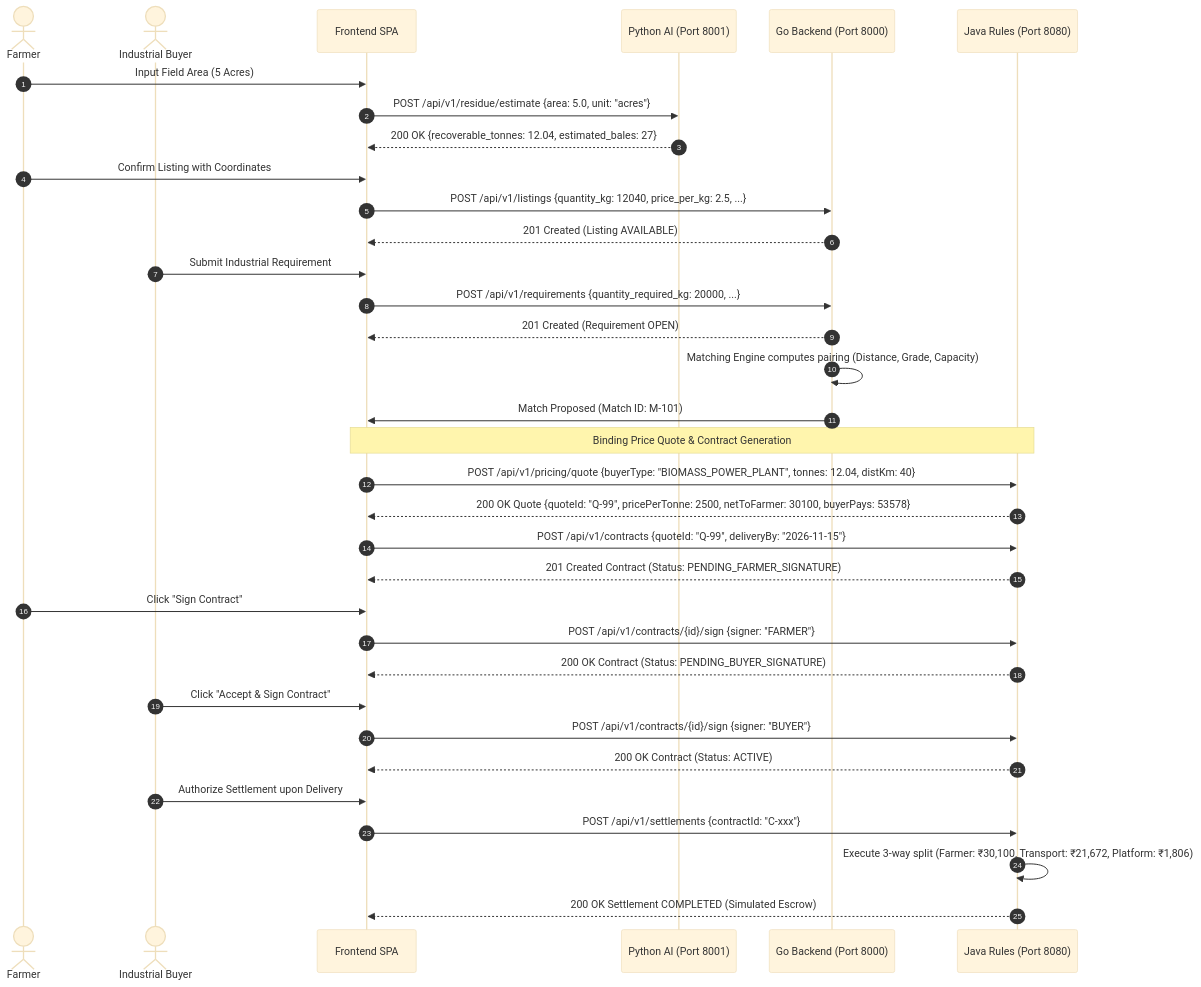
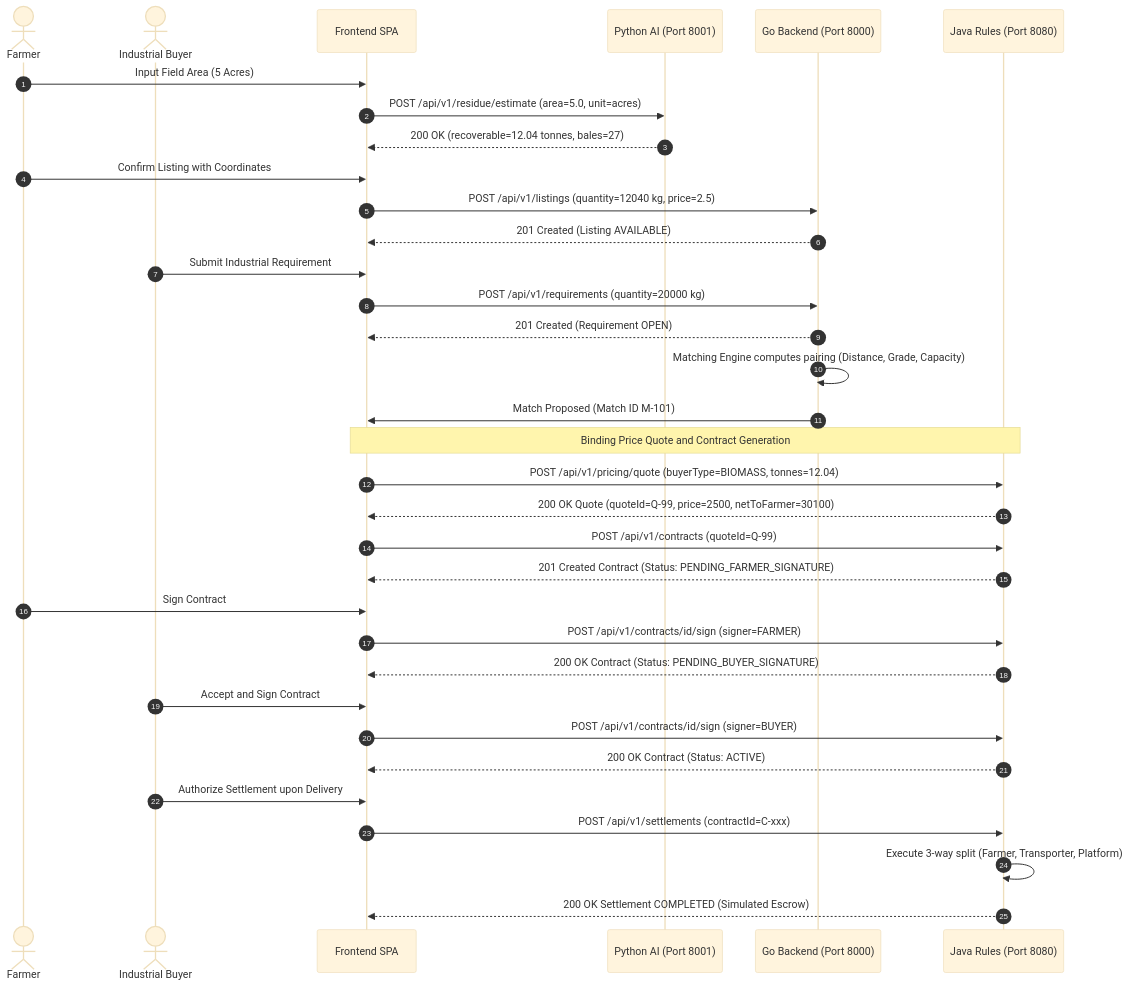
Before and after one commit to DAbharat/Straw2Cash: the fourth of 5 diagrams in README.md, drawn with Mermaid (base theme). The commit also changed other lines of this file, not shown here.

````diff
--- a/README.md
+++ b/README.md
@@ -399,45 +399,45 @@
 ```mermaid
 sequenceDiagram
     autonumber
     actor Farmer as Farmer
     actor Buyer as Industrial Buyer
     participant UI as Frontend SPA
     participant Python as Python AI (Port 8001)
     participant Go as Go Backend (Port 8000)
     participant Java as Java Rules (Port 8080)
 
     Farmer->>UI: Input Field Area (5 Acres)
-    UI->>Python: POST /api/v1/residue/estimate {area: 5.0, unit: "acres"}
-    Python-->>UI: 200 OK {recoverable_tonnes: 12.04, estimated_bales: 27}
+    UI->>Python: POST /api/v1/residue/estimate (area=5.0, unit=acres)
+    Python-->>UI: 200 OK (recoverable=12.04 tonnes, bales=27)
 
     Farmer->>UI: Confirm Listing with Coordinates
-    UI->>Go: POST /api/v1/listings {quantity_kg: 12040, price_per_kg: 2.5, ...}
+    UI->>Go: POST /api/v1/listings (quantity=12040 kg, price=2.5)
     Go-->>UI: 201 Created (Listing AVAILABLE)
 
     Buyer->>UI: Submit Industrial Requirement
-    UI->>Go: POST /api/v1/requirements {quantity_required_kg: 20000, ...}
+    UI->>Go: POST /api/v1/requirements (quantity=20000 kg)
     Go-->>UI: 201 Created (Requirement OPEN)
 
     Go->>Go: Matching Engine computes pairing (Distance, Grade, Capacity)
-    Go->>UI: Match Proposed (Match ID: M-101)
+    Go->>UI: Match Proposed (Match ID M-101)
 
-    Note over UI,Java: Binding Price Quote & Contract Generation
-    UI->>Java: POST /api/v1/pricing/quote {buyerType: "BIOMASS_POWER_PLANT", tonnes: 12.04, distKm: 40}
-    Java-->>UI: 200 OK Quote {quoteId: "Q-99", pricePerTonne: 2500, netToFarmer: 30100, buyerPays: 53578}
+    Note over UI,Java: Binding Price Quote and Contract Generation
+    UI->>Java: POST /api/v1/pricing/quote (buyerType=BIOMASS, tonnes=12.04)
+    Java-->>UI: 200 OK Quote (quoteId=Q-99, price=2500, netToFarmer=30100)
 
-    UI->>Java: POST /api/v1/contracts {quoteId: "Q-99", deliveryBy: "2026-11-15"}
+    UI->>Java: POST /api/v1/contracts (quoteId=Q-99)
     Java-->>UI: 201 Created Contract (Status: PENDING_FARMER_SIGNATURE)
 
-    Farmer->>UI: Click "Sign Contract"
-    UI->>Java: POST /api/v1/contracts/{id}/sign {signer: "FARMER"}
+    Farmer->>UI: Sign Contract
+    UI->>Java: POST /api/v1/contracts/id/sign (signer=FARMER)
     Java-->>UI: 200 OK Contract (Status: PENDING_BUYER_SIGNATURE)
 
-    Buyer->>UI: Click "Accept & Sign Contract"
-    UI->>Java: POST /api/v1/contracts/{id}/sign {signer: "BUYER"}
+    Buyer->>UI: Accept and Sign Contract
+    UI->>Java: POST /api/v1/contracts/id/sign (signer=BUYER)
     Java-->>UI: 200 OK Contract (Status: ACTIVE)
 
     Buyer->>UI: Authorize Settlement upon Delivery
-    UI->>Java: POST /api/v1/settlements {contractId: "C-xxx"}
-    Java->>Java: Execute 3-way split (Farmer: ₹30,100, Transport: ₹21,672, Platform: ₹1,806)
+    UI->>Java: POST /api/v1/settlements (contractId=C-xxx)
+    Java->>Java: Execute 3-way split (Farmer, Transporter, Platform)
     Java-->>UI: 200 OK Settlement COMPLETED (Simulated Escrow)
 ```
````
